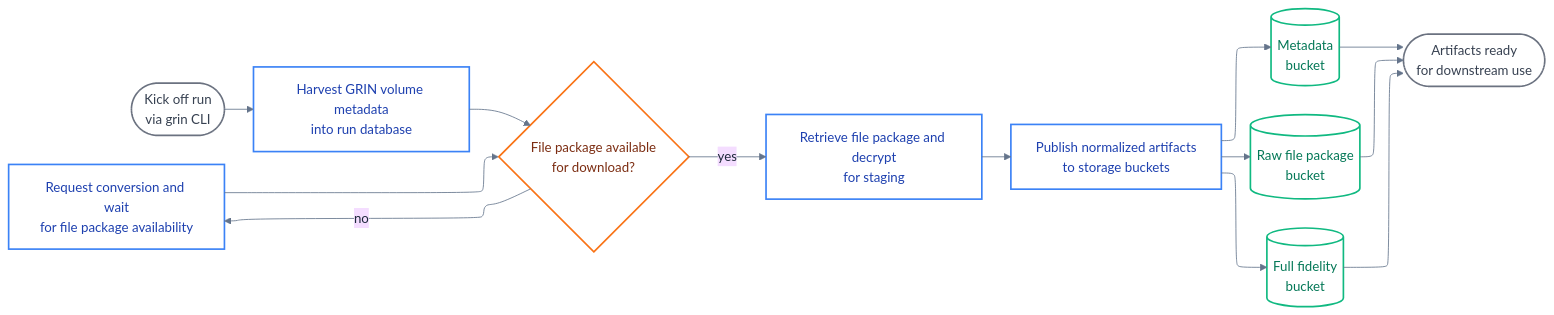
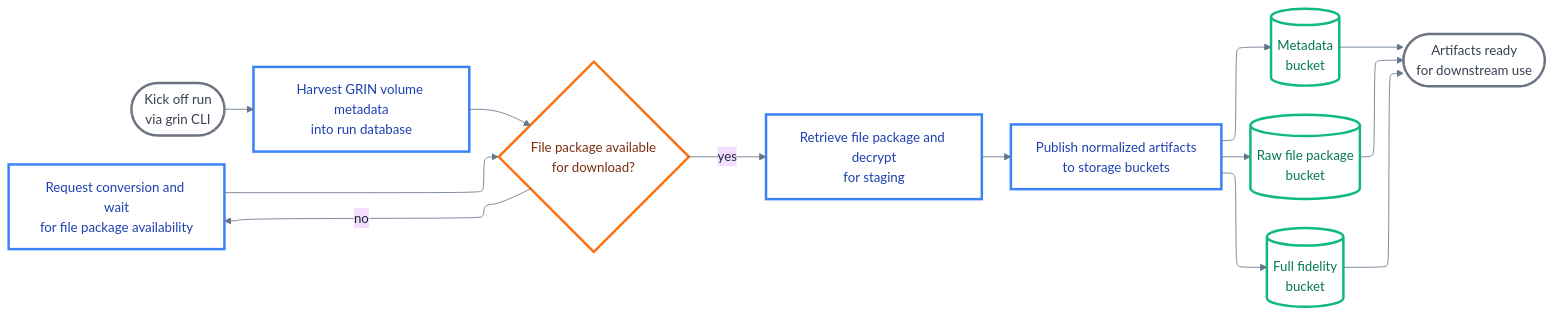
Before and after one commit to institutional/grin-transfer: the diagram in docs/diagrams/lifecycle-summary.mmd, drawn with Mermaid. The commit also changed 10 other files, not shown here.

Commit message:
Add diagrams with larger fonts and thicker lines

```diff
--- a/docs/diagrams/lifecycle-summary.mmd
+++ b/docs/diagrams/lifecycle-summary.mmd
@@ -1,19 +1,19 @@
 %%{init: {"theme": "base", "themeVariables": {"primaryTextColor": "#1e293b", "primaryBorderColor": "#475569", "lineColor": "#64748b", "background": "transparent", "mainBkg": "transparent", "secondBkg": "transparent"}, "flowchart": {"defaultRenderer": "elk", "elk": {"elk.direction": "RIGHT"}}}}%%
 flowchart LR
     Start([Kick off run<br/>via grin CLI]):::terminal --> Collect[Harvest GRIN volume metadata<br/>into run database]:::process
     Collect --> Download{File package available<br/>for download?}:::decision
     Download -->|no| Convert[Request conversion and wait<br/>for file package availability]:::process
     Convert --> Download
     Download -->|yes| Retrieve[Retrieve file package and decrypt<br/>for staging]:::process
     Retrieve --> Publish[Publish normalized artifacts<br/>to storage buckets]:::process
     Publish --> Meta[(Metadata<br/>bucket)]:::storage
     Publish --> Raw[(Raw file package<br/>bucket)]:::storage
     Publish --> Full[(Full fidelity<br/>bucket)]:::storage
     Meta --> Complete([Artifacts ready<br/>for downstream use]):::terminal
     Raw --> Complete
     Full --> Complete
 
-    classDef terminal fill:none,stroke:#6b7280,stroke-width:2px,color:#374151
-    classDef process fill:none,stroke:#3b82f6,stroke-width:2px,color:#1e40af
-    classDef storage fill:none,stroke:#10b981,stroke-width:2px,color:#047857
-    classDef decision fill:none,stroke:#f97316,stroke-width:2px,color:#7c2d12
+    classDef terminal fill:none,stroke:#6b7280,stroke-width:3px,color:#374151
+    classDef process fill:none,stroke:#3b82f6,stroke-width:3px,color:#1e40af
+    classDef storage fill:none,stroke:#10b981,stroke-width:3px,color:#047857
+    classDef decision fill:none,stroke:#f97316,stroke-width:3px,color:#7c2d12
```
